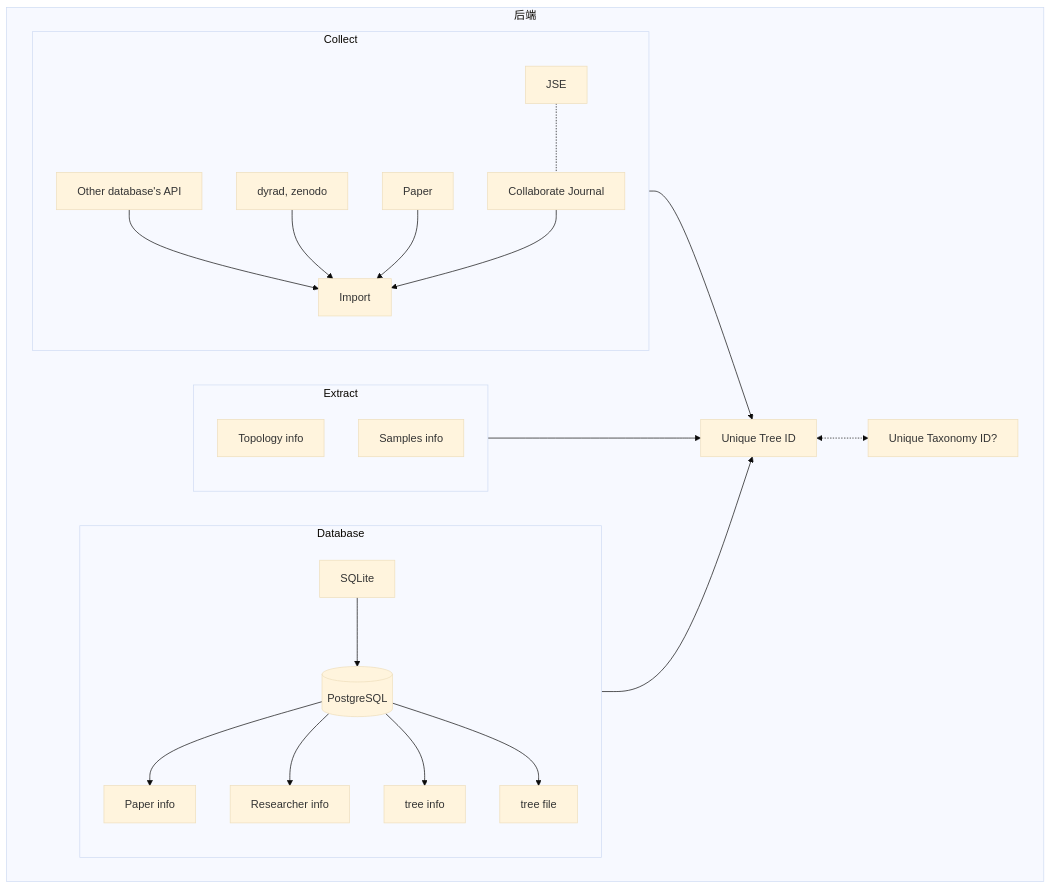
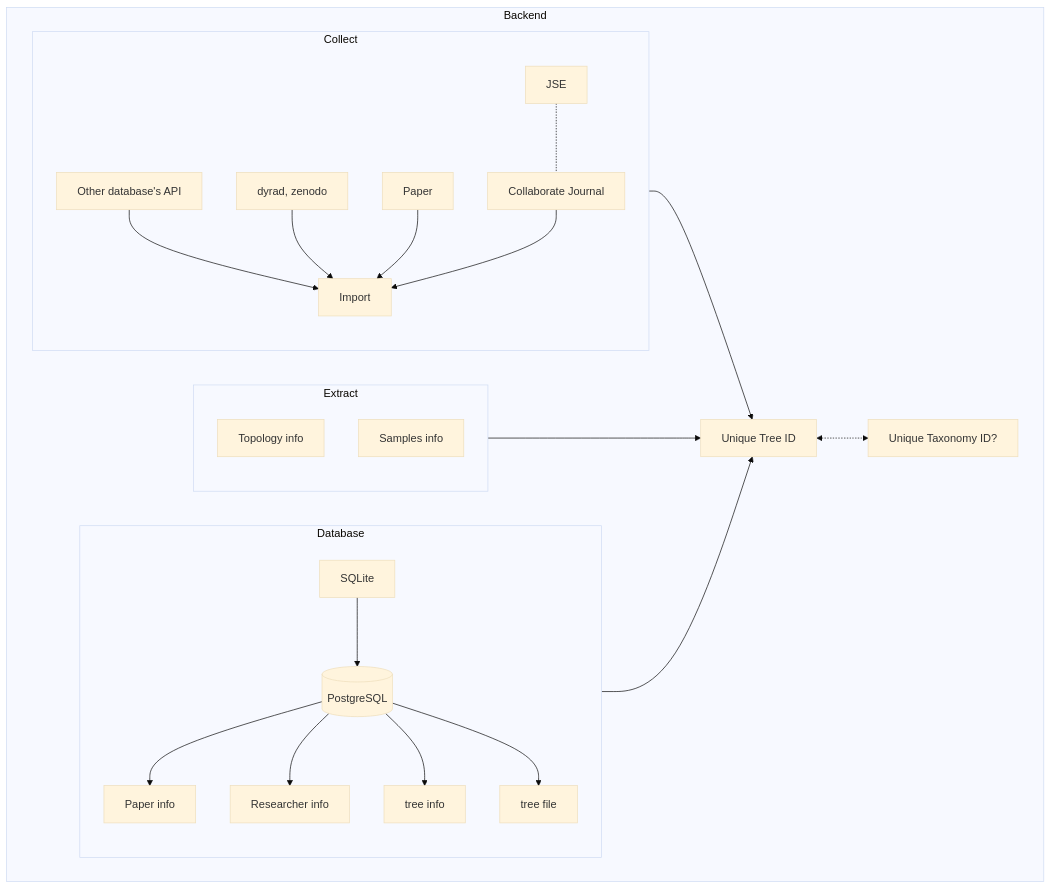
One commit to wpwupingwp/treehub changed the fourth of 4 diagrams in README.md. Above: the diagram before and after it, drawn with Mermaid. The commit also changed other lines of this file, not shown here.

Commit message:
pycharm do not support chinese in mermaid

````diff
--- a/README.md
+++ b/README.md
@@ -140,28 +140,28 @@
 ```mermaid
 %%{init: {'theme': 'base'}}%%
 flowchart TB
-    subgraph 后端
+    subgraph Backend
         u[Unique Tree ID] <-.-> t[Unique Taxonomy ID?]
         subgraph Collect
             s1[Other database's API] --> Import
             s2[dyrad, zenodo] --> Import
             s3[Paper] --> Import
             s4[Collaborate Journal] --> Import
             JSE -.- s4
         end
         subgraph Extract
             e1[Topology info]
             e2[Samples info]
         end
         subgraph Database
             db1 --> d2[Paper info]
             db1 --> d3[Researcher info]
             db1 --> d4[tree info]
             db1 --> d5[tree file]
             SQLite --> db1[(PostgreSQL)]
         end
         Collect --> u
         Extract --> u
         Database --> u
     end
 ```
````
